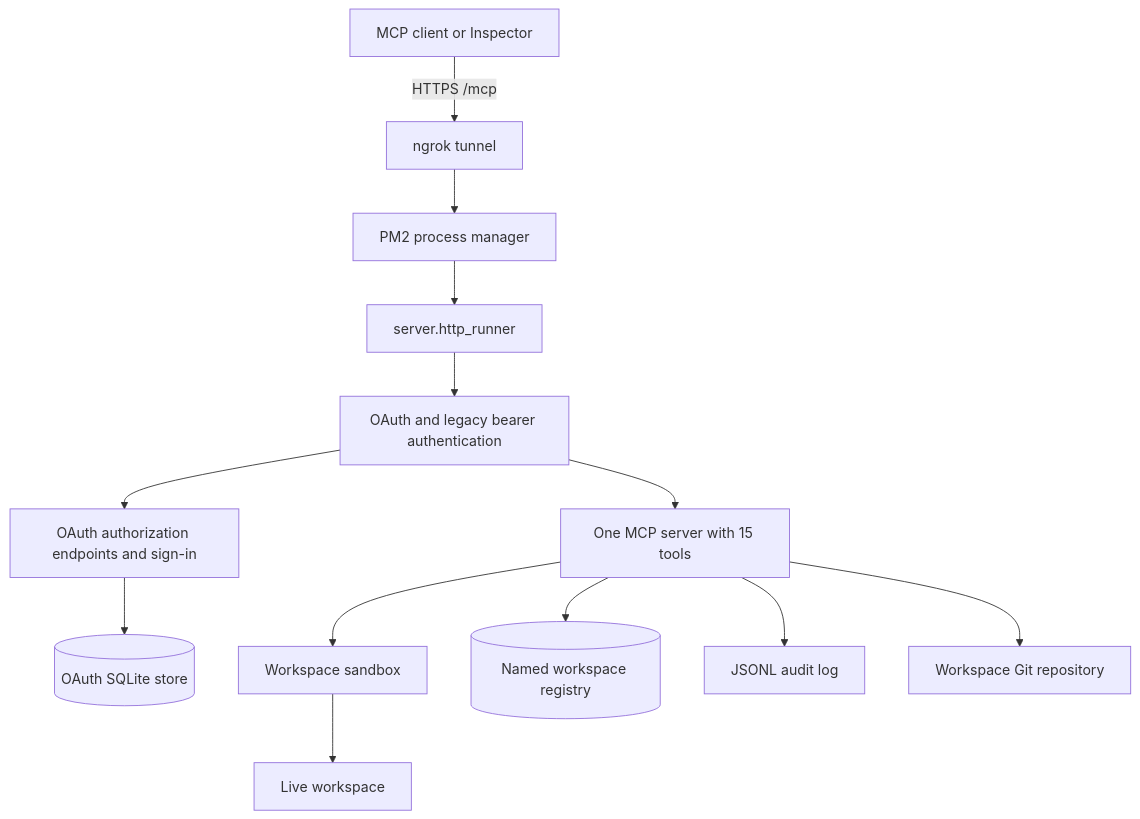
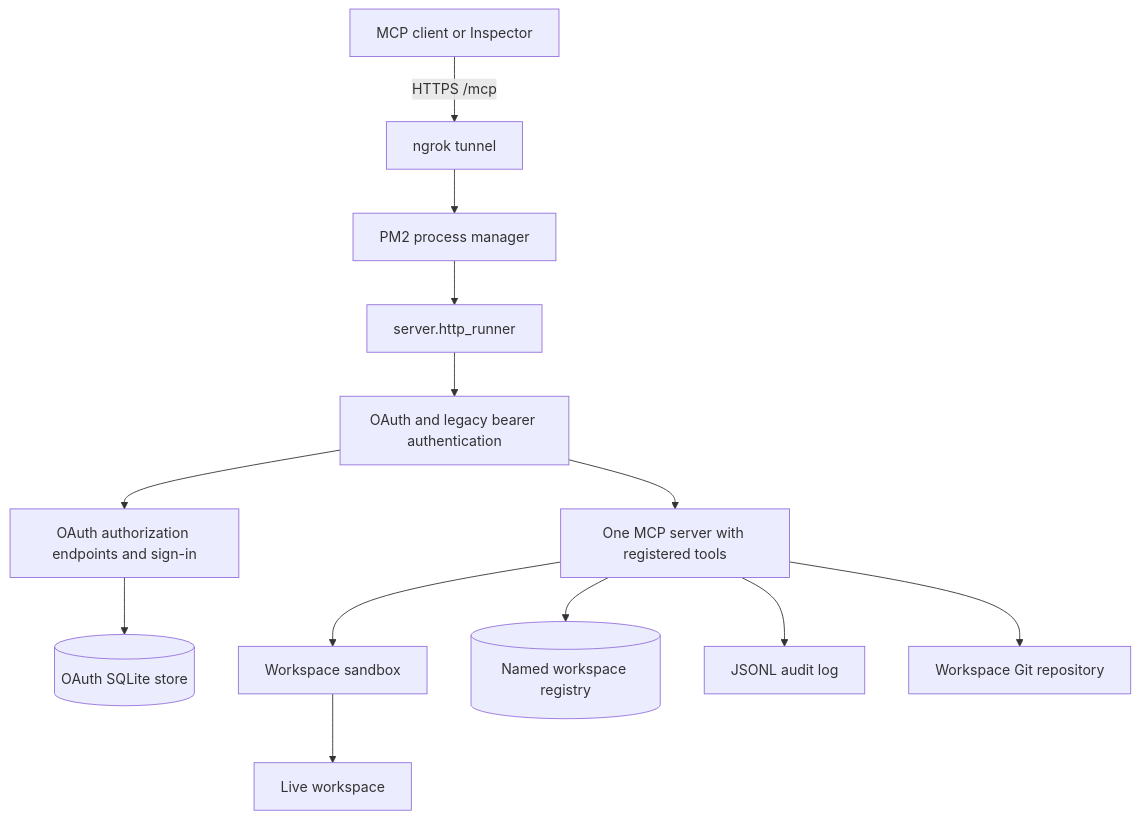
The diagram in docs/ARCHITECTURE.md (A-Sabel/mcp-shared-workspace), drawn with Mermaid before and after one commit. The commit also changed other lines of this file and 24 other files, not shown here.

````diff
--- a/docs/ARCHITECTURE.md
+++ b/docs/ARCHITECTURE.md
@@ -5,15 +5,15 @@
 ```mermaid
 flowchart TD
     Client[MCP client or Inspector] -->|HTTPS /mcp| Ngrok[ngrok tunnel]
     Ngrok --> PM2[PM2 process manager]
     PM2 --> HTTP[server.http_runner]
     HTTP --> Auth[OAuth and legacy bearer authentication]
     Auth --> OAuth[OAuth authorization endpoints and sign-in]
     OAuth --> DB[(OAuth SQLite store)]
-    Auth --> MCP[One MCP server with 15 tools]
+    Auth --> MCP[One MCP server with registered tools]
     MCP --> Sandbox[Workspace sandbox]
     MCP --> Registry[(Named workspace registry)]
     Sandbox --> Files[Live workspace]
     MCP --> Audit[JSONL audit log]
     MCP --> Git[Workspace Git repository]
 ```
````
